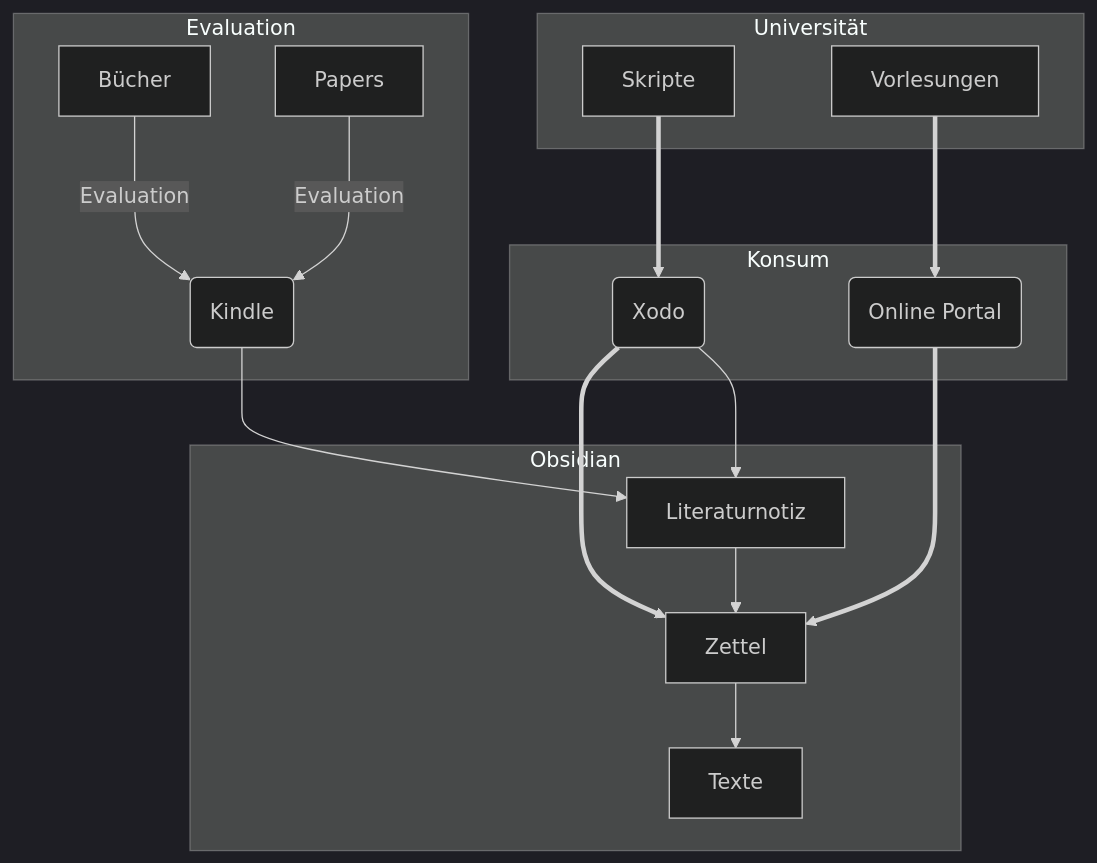
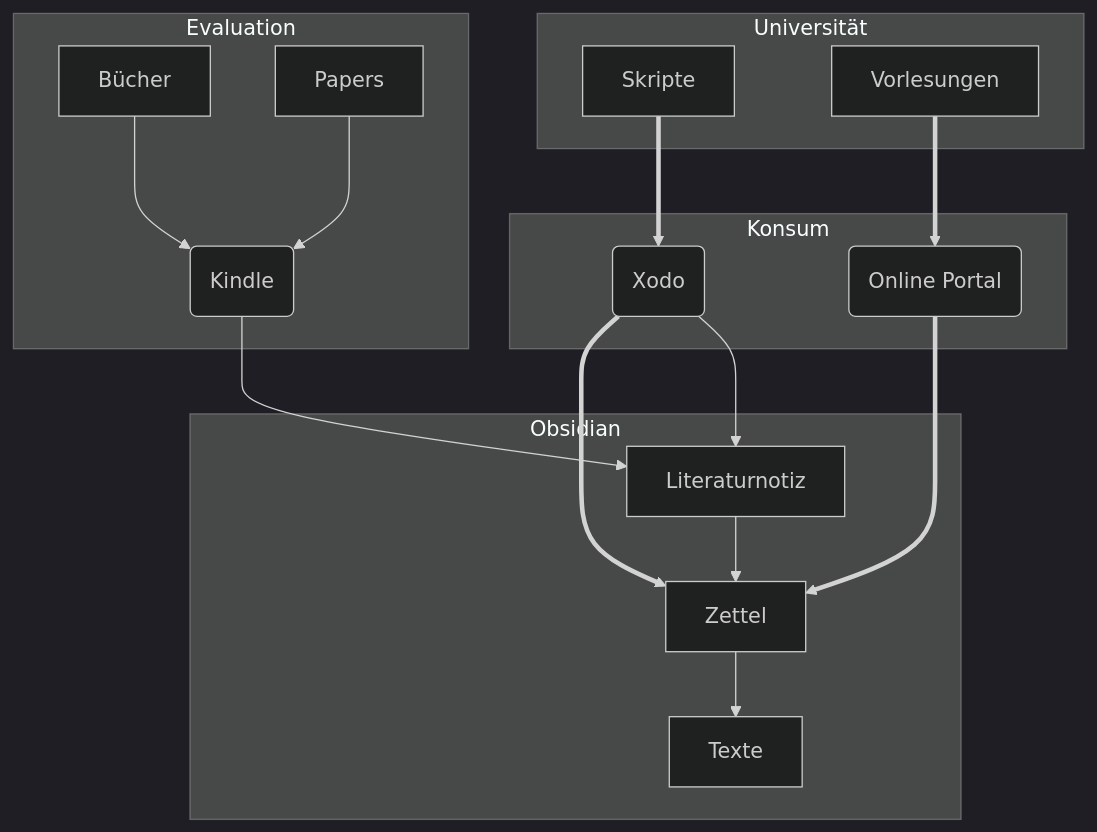
One commit to julianstoerig/zettelkasten changed the diagram in System/Informationsverarbeitung.md. Above: the diagram before and after it, drawn with Mermaid (dark theme). The commit also changed 1 other file, not shown here.

Commit message:
automatic version-control: 2021-01-14 13:54:38

````diff
--- a/System/Informationsverarbeitung.md
+++ b/System/Informationsverarbeitung.md
@@ -1,47 +1,47 @@
 ```mermaid
 flowchart TB;
 
 B[Bücher]
 S[Skripte]
 V[Vorlesungen]
 P[Papers]
 
 K(Kindle)
 X(Xodo)
 OP(Online Portal)
 
 L[Literaturnotiz]
 Z[Zettel]
 T[Texte]
 
 subgraph Evaluation
 	B
 	P
 	K
 end
 
 subgraph Universität
 	S
 	V
 end
 
-B & P -->|Evaluation| K
+B & P --> K
 S ==> X
 V ==> OP
 
 subgraph Konsum
 	K
 	X
 	OP
 end
 
 K --> L
 X --> L
 X ==> Z
 OP ==> Z
 
 subgraph Obsidian	
 	L --> Z
 	Z --> T
 end
 ```
````
